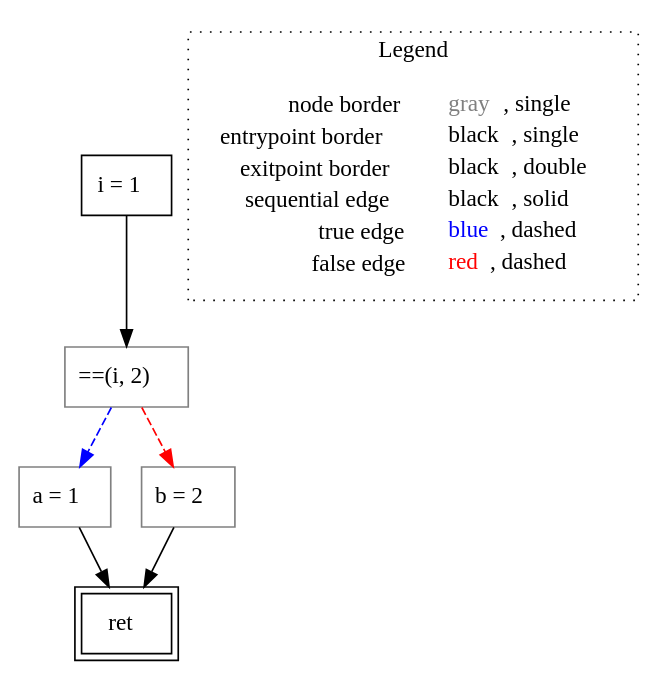
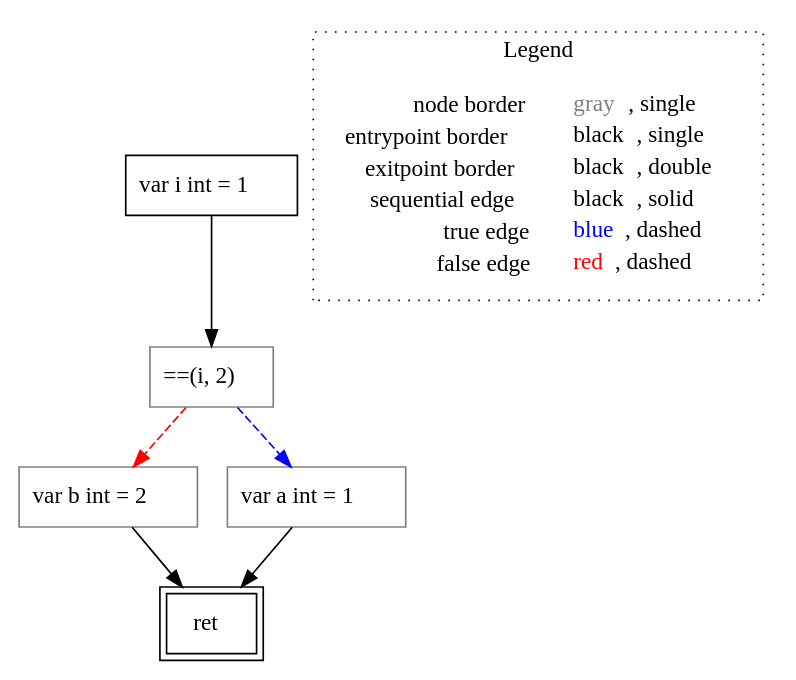
Before and after one commit to lisa-analyzer/go-lisa: the diagram in go-lisa/test-outputs/cfg/if/untyped_~LiSAProgram.simpleIf().dot, drawn with Graphviz. The commit also changed 21 other files, not shown here.

```diff
--- a/go-lisa/test-outputs/cfg/if/untyped_~LiSAProgram.simpleIf().dot
+++ b/go-lisa/test-outputs/cfg/if/untyped_~LiSAProgram.simpleIf().dot
@@ -1,19 +1,19 @@
 digraph {
-	"node0" [shape="rect",color="black",label=<i = 1>];
-	"node1" [shape="rect",color="gray",label=<==(i, 2)>];
+	"node0" [shape="rect",color="black",label=<var i int = 1>];
+	"node1" [shape="rect",color="gray",label=<var b int = 2>];
 	"node2" [shape="rect",color="black",peripheries="2",label=<ret>];
-	"node3" [shape="rect",color="gray",label=<a = 1>];
-	"node4" [shape="rect",color="gray",label=<b = 2>];
-	"node1" -> "node3" [color="blue",style="dashed"];
-	"node1" -> "node4" [color="red",style="dashed"];
-	"node3" -> "node2" [color="black"];
-	"node0" -> "node1" [color="black"];
+	"node3" [shape="rect",color="gray",label=<==(i, 2)>];
+	"node4" [shape="rect",color="gray",label=<var a int = 1>];
+	"node1" -> "node2" [color="black"];
+	"node0" -> "node3" [color="black"];
+	"node3" -> "node1" [color="red",style="dashed"];
+	"node3" -> "node4" [color="blue",style="dashed"];
 	"node4" -> "node2" [color="black"];
 subgraph cluster_legend {
 	label="Legend";
 	style=dotted;
 	node [shape=plaintext];
 	"legend" [label=<<table border="0" cellpadding="2" cellspacing="0" cellborder="0"><tr><td align="right">node border&nbsp;</td><td align="left"><font color="gray">gray</font>, single</td></tr><tr><td align="right">entrypoint border&nbsp;</td><td align="left"><font color="black">black</font>, single</td></tr><tr><td align="right">exitpoint border&nbsp;</td><td align="left"><font color="black">black</font>, double</td></tr><tr><td align="right">sequential edge&nbsp;</td><td align="left"><font color="black">black</font>, solid</td></tr><tr><td align="right">true edge&nbsp;</td><td align="left"><font color="blue">blue</font>, dashed</td></tr><tr><td align="right">false edge&nbsp;</td><td align="left"><font color="red">red</font>, dashed</td></tr></table>>];
 }
 
 }
```
